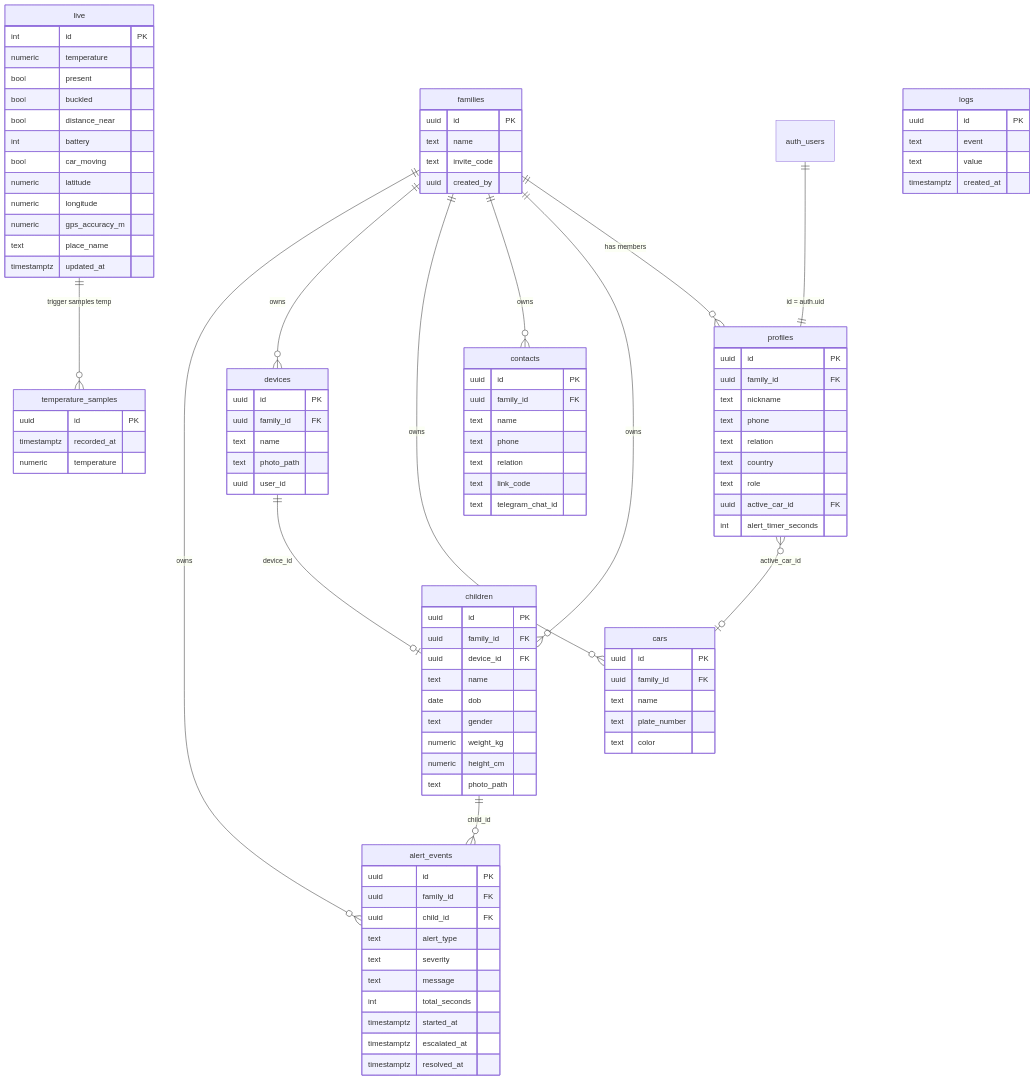
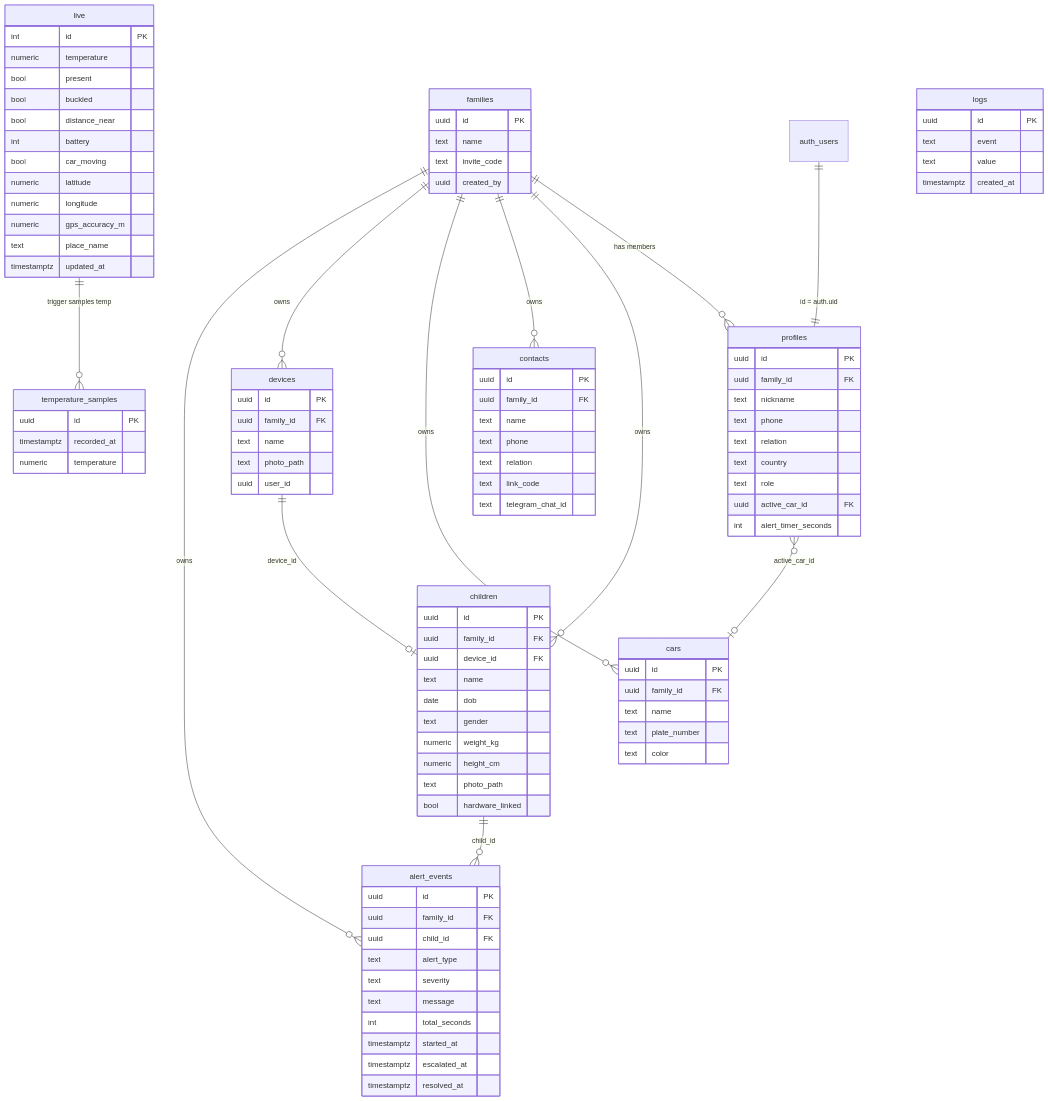
Before and after one commit to Liyohhh/Waby: the diagram in docs/DATABASE.md, drawn with Mermaid. The commit also changed other lines of this file and 11 other files, not shown here.

```diff
--- a/docs/DATABASE.md
+++ b/docs/DATABASE.md
@@ -95,6 +95,7 @@
     numeric weight_kg
     numeric height_cm
     text photo_path
+    bool hardware_linked
   }
 
   contacts {
```
